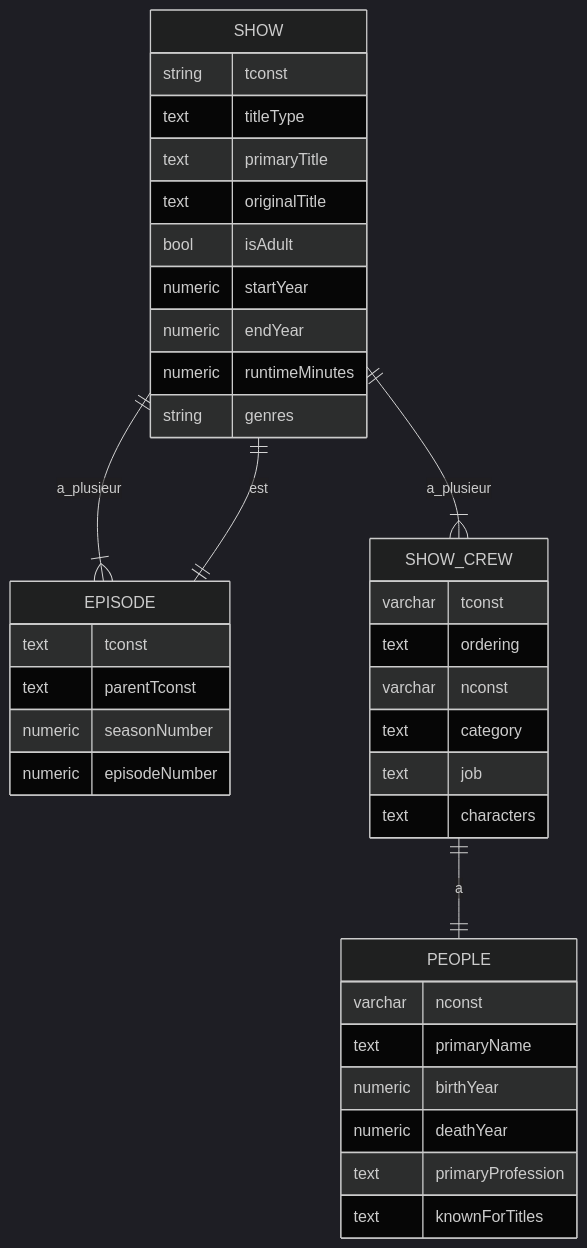
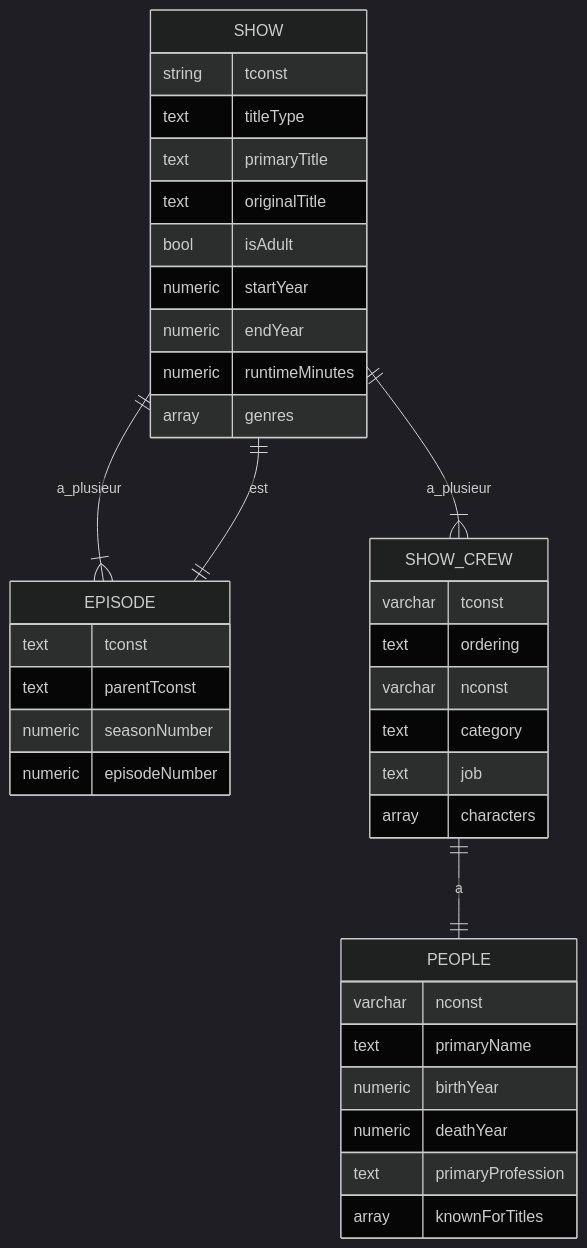
The diagram in readme.md (larousso/astuces-postgresql), drawn with Mermaid (dark theme) before and after one commit.

````diff
--- a/readme.md
+++ b/readme.md
@@ -23,41 +23,41 @@
 ```mermaid
 erDiagram
     SHOW ||--|{ EPISODE : a_plusieur
     SHOW {
         string tconst
         text titleType
         text primaryTitle
         text originalTitle
         bool isAdult
         numeric startYear
         numeric endYear
         numeric runtimeMinutes
-        string genres
+        array genres
     }
     EPISODE ||--|| SHOW : est
     EPISODE {
         text tconst
         text parentTconst
         numeric seasonNumber
         numeric episodeNumber
     }
     SHOW ||--|{ SHOW_CREW : a_plusieur
     SHOW_CREW {
         varchar tconst
         text ordering
         varchar nconst
         text category
         text job
-        text characters
+        array characters
     }
     SHOW_CREW ||--|| PEOPLE : a 
     PEOPLE {
         varchar nconst
         text primaryName
         numeric birthYear
         numeric deathYear
         text primaryProfession
-        text knownForTitles
+        array knownForTitles
     }
 
 ```
````
